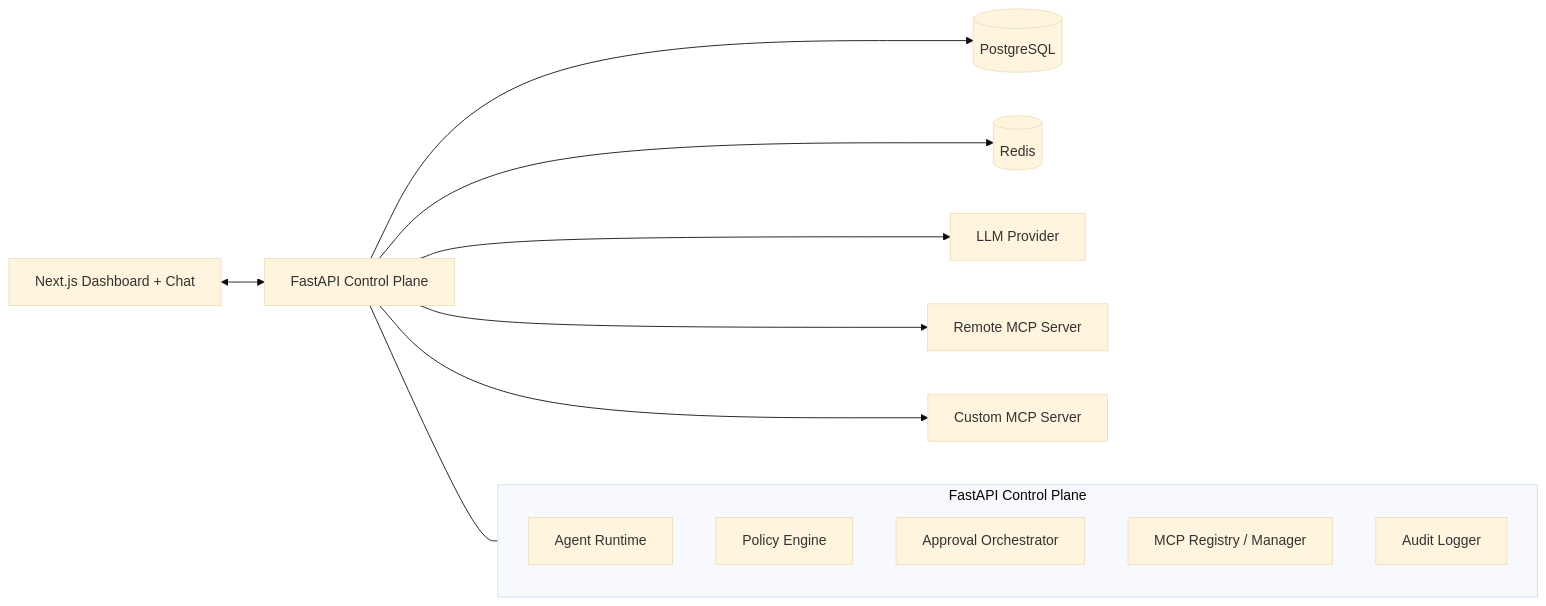
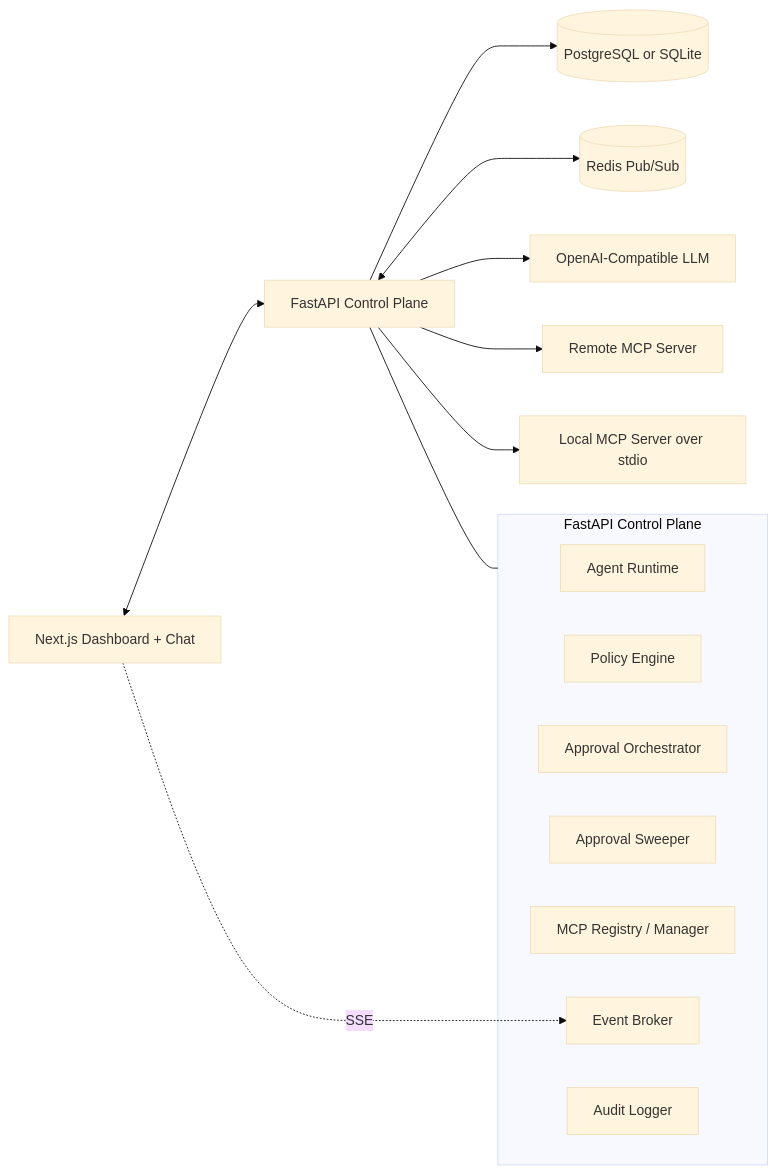
One commit to arthurW1935/boundary-ai changed the diagram in ARCHITECTURE.MD. Above: the diagram before and after it, drawn with Mermaid (base theme). The commit also changed other lines of this file and 19 other files, not shown here.

````diff
--- a/ARCHITECTURE.MD
+++ b/ARCHITECTURE.MD
@@ -44,21 +49,23 @@
 ```mermaid
 flowchart LR
     UI[Next.js Dashboard + Chat] <--> API[FastAPI Control Plane]
 
-    API --> DB[(PostgreSQL)]
-    API --> REDIS[(Redis)]
-    API --> LLM[LLM Provider]
-
+    API --> DB[(PostgreSQL or SQLite)]
+    API <--> REDIS[(Redis Pub/Sub)]
+    API --> LLM[OpenAI-Compatible LLM]
     API --> RMCP[Remote MCP Server]
-    API --> CMCP[Custom MCP Server]
+    API --> LMCP[Local MCP Server over stdio]
 
     subgraph CTRL[FastAPI Control Plane]
         AR[Agent Runtime]
         PE[Policy Engine]
         AO[Approval Orchestrator]
+        AS[Approval Sweeper]
         MM[MCP Registry / Manager]
+        EB[Event Broker]
         AL[Audit Logger]
     end
 
+    UI -. SSE .-> EB
     API --- CTRL
 ```
````
